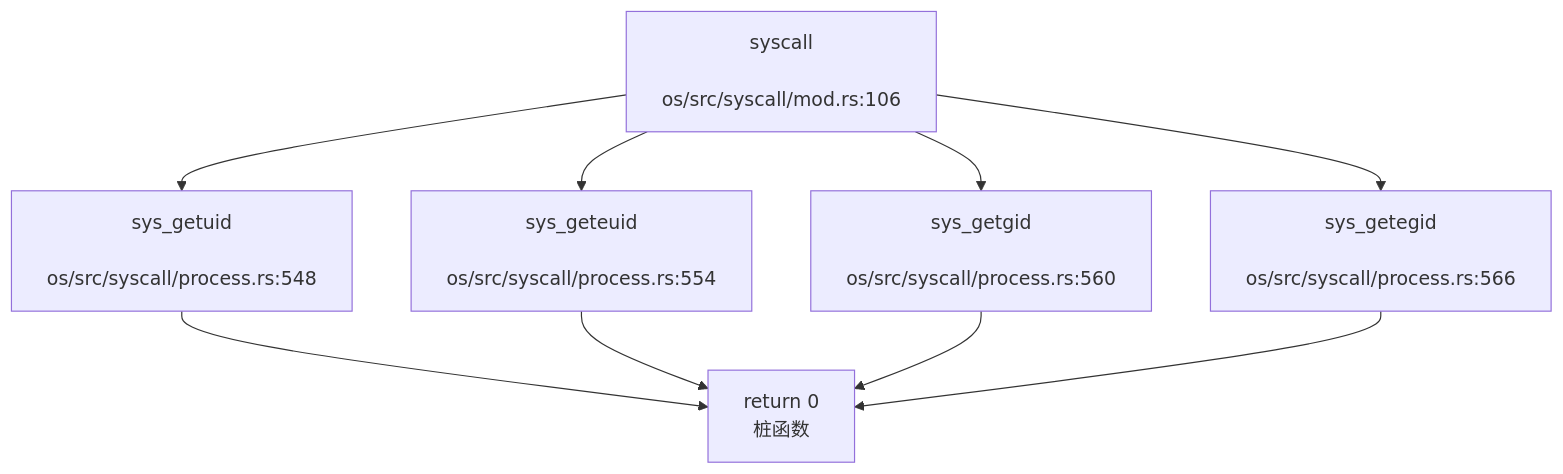
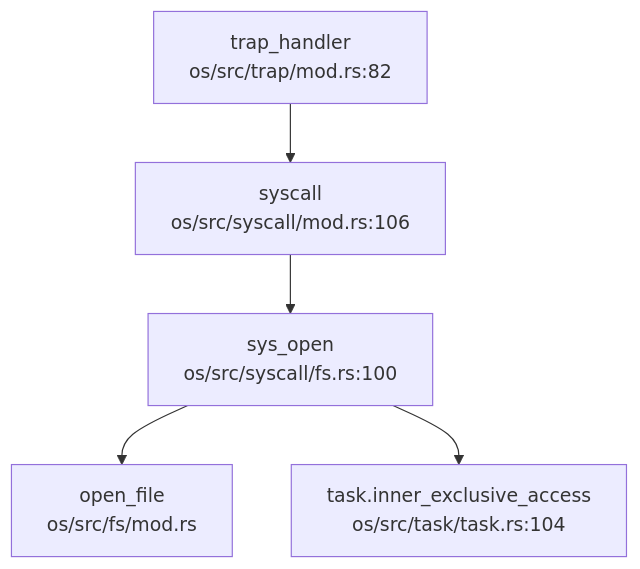
Before and after one commit to Freefor100/OS-Agent: the diagram in output/oskernel2024-chaos/sections/10_安全机制与权限模型.md, drawn with Mermaid. The commit also changed other lines of this file and 117 other files, not shown here.

````diff
--- a/output/oskernel2024-chaos/sections/10_安全机制与权限模型.md
+++ b/output/oskernel2024-chaos/sections/10_安全机制与权限模型.md
@@ -210,17 +169,7 @@
 ```mermaid
 graph TD
-    A["syscall
- os/src/syscall/mod.rs:106"] --> B["sys_getuid
- os/src/syscall/process.rs:548"]
-    A --> C["sys_geteuid
- os/src/syscall/process.rs:554"]
-    A --> D["sys_getgid
- os/src/syscall/process.rs:560"]
-    A --> E["sys_getegid
- os/src/syscall/process.rs:566"]
-    B --> F["return 0
- 桩函数"]
-    C --> F
-    D --> F
-    E --> F
+  A["trap_handler\nos/src/trap/mod.rs:82"] --> B["syscall\nos/src/syscall/mod.rs:106"]
+  B --> C["sys_open\nos/src/syscall/fs.rs:100"]
+  C --> D["open_file\nos/src/fs/mod.rs"]
+  C --> E["task.inner_exclusive_access\nos/src/task/task.rs:104"]
 ```
````
